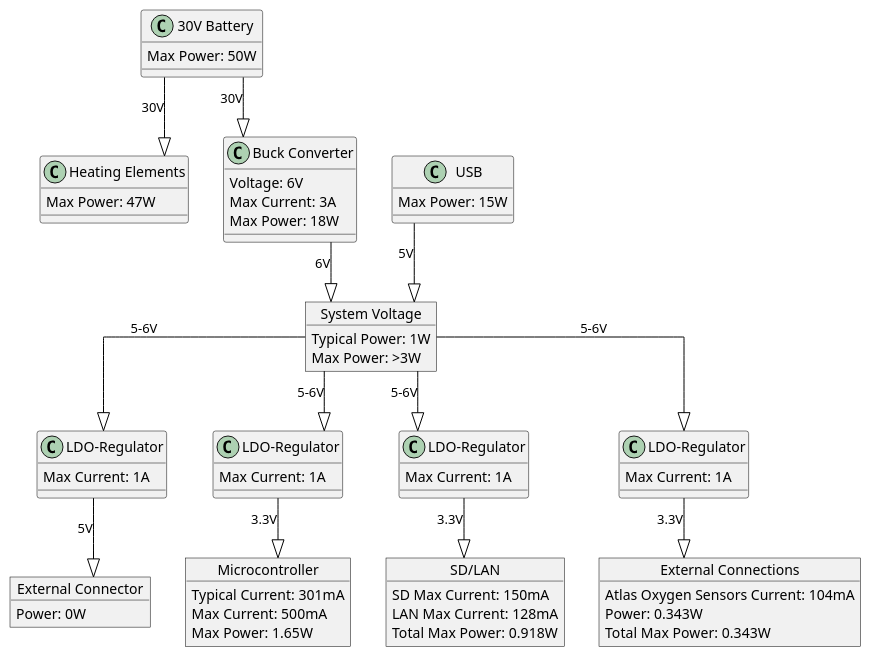
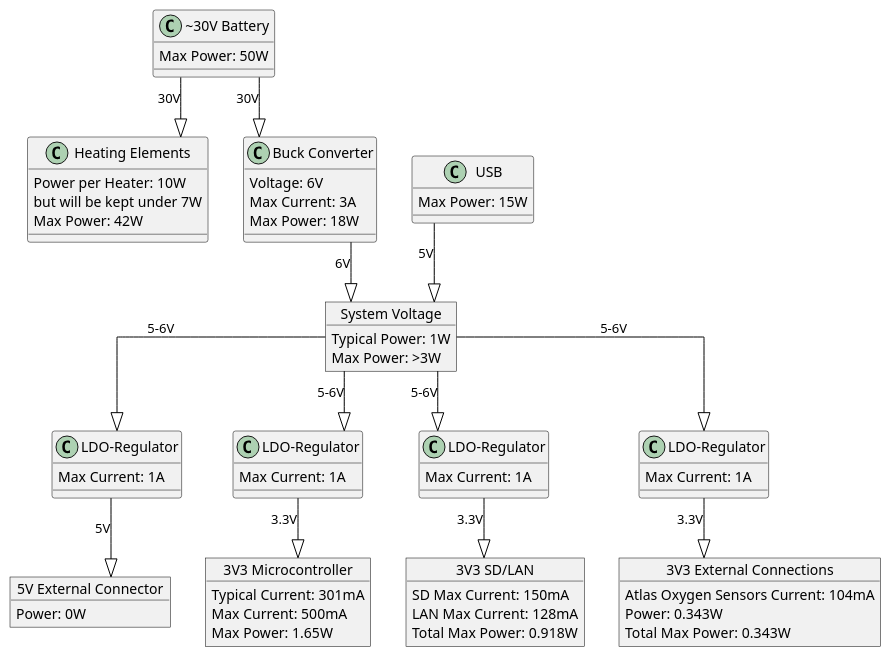
Before and after one commit to EggiEl/SpiCy-BEXUS: the diagram in documentation/PlatUml/PowerNetwork.plantuml, drawn with PlantUML. The commit also changed 1 other file, not shown here.

Commit message:
changed UML

```diff
--- a/documentation/PlatUml/PowerNetwork.plantuml
+++ b/documentation/PlatUml/PowerNetwork.plantuml
@@ -1,76 +1,78 @@
 @startuml Power
 skinparam class {
   BorderColor Black
   ArrowColor Black
 }
 
 skinparam object {
   BorderColor Black
   ArrowColor Black
 }
 
 skinparam linetype ortho
 
-class "30V Battery" as bat {
+class "~30V Battery" as bat {
     Max Power: 50W
 }
 class "Heating Elements" as heat {
-    Max Power: 47W
+Power per Heater: 10W
+but will be kept under 7W
+    Max Power: 42W
 }
 class "Buck Converter" as buck {
     Voltage: 6V
     Max Current: 3A
     Max Power: 18W
 }
 class "LDO-Regulator" as five {
     Max Current: 1A
 }
 class "LDO-Regulator" as three_one {
     Max Current: 1A
 }
 class "LDO-Regulator" as three_two {
     Max Current: 1A
 }
 class "LDO-Regulator" as three_three {
     Max Current: 1A
 }
 class "USB" as usb {
     Max Power: 15W
 }
 
-object "Microcontroller" as mc {
+object "3V3 Microcontroller" as mc {
     Typical Current: 301mA
     Max Current: 500mA
     Max Power: 1.65W
 }
-object "SD/LAN" as sd {
+object "3V3 SD/LAN" as sd {
     SD Max Current: 150mA
     LAN Max Current: 128mA
     Total Max Power: 0.918W
 }
-object "External Connections" as ext_sens {
+object "3V3 External Connections" as ext_sens {
     Atlas Oxygen Sensors Current: 104mA
     Power: 0.343W
     Total Max Power: 0.343W
 }
-object "External Connector" as ext_conn {
+object "5V External Connector" as ext_conn {
     Power: 0W
 }
 object "System Voltage" as sysvol {
     Typical Power: 1W
     Max Power: >3W
 }
 
 bat -down-|> heat : "30V"
 bat -down-|> buck : "30V"
 buck -down-|> sysvol : "6V"
 usb -down-|> sysvol : "5V"
 sysvol -down-|> five : "5-6V"
 sysvol -down-|> three_one : "5-6V"
 sysvol -down-|> three_two : "5-6V"
 sysvol -down-|> three_three : "5-6V"
 three_one -down-|> mc : "3.3V"
 three_two -down-|> sd : "3.3V"
 three_three -down-|> ext_sens : "3.3V"
 five -down-|> ext_conn : "5V"
 @enduml
```
